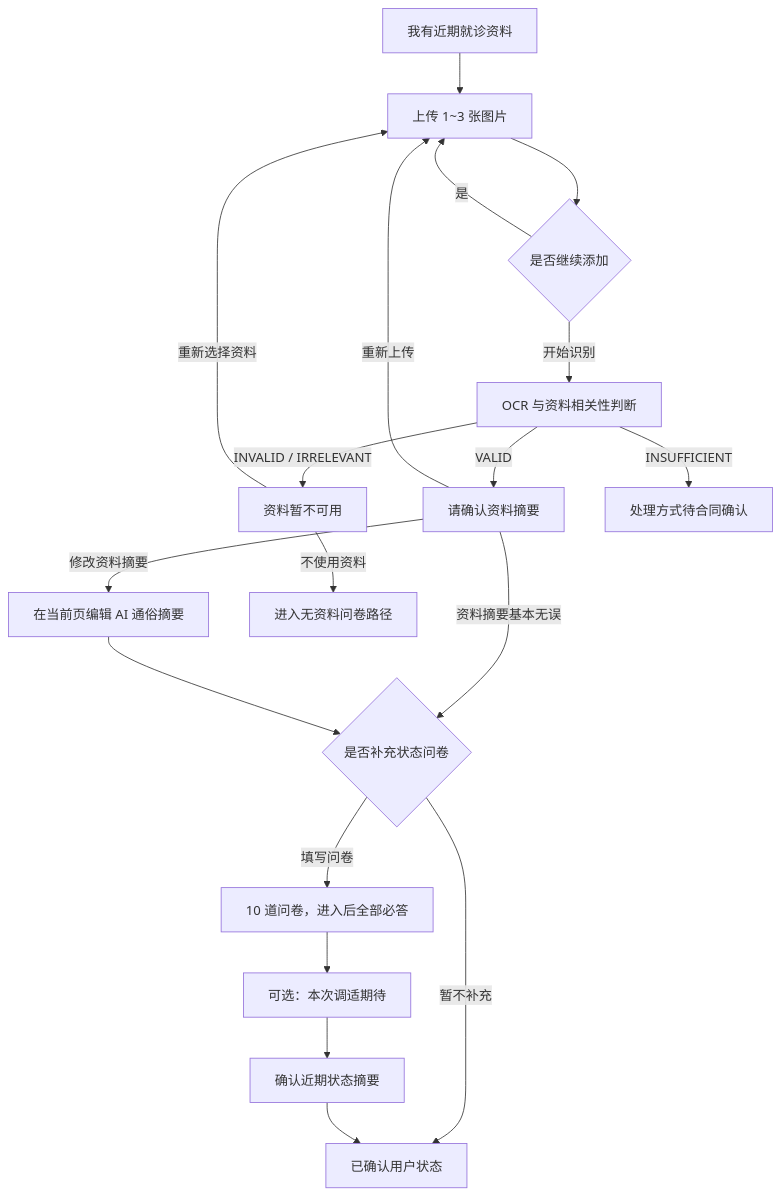
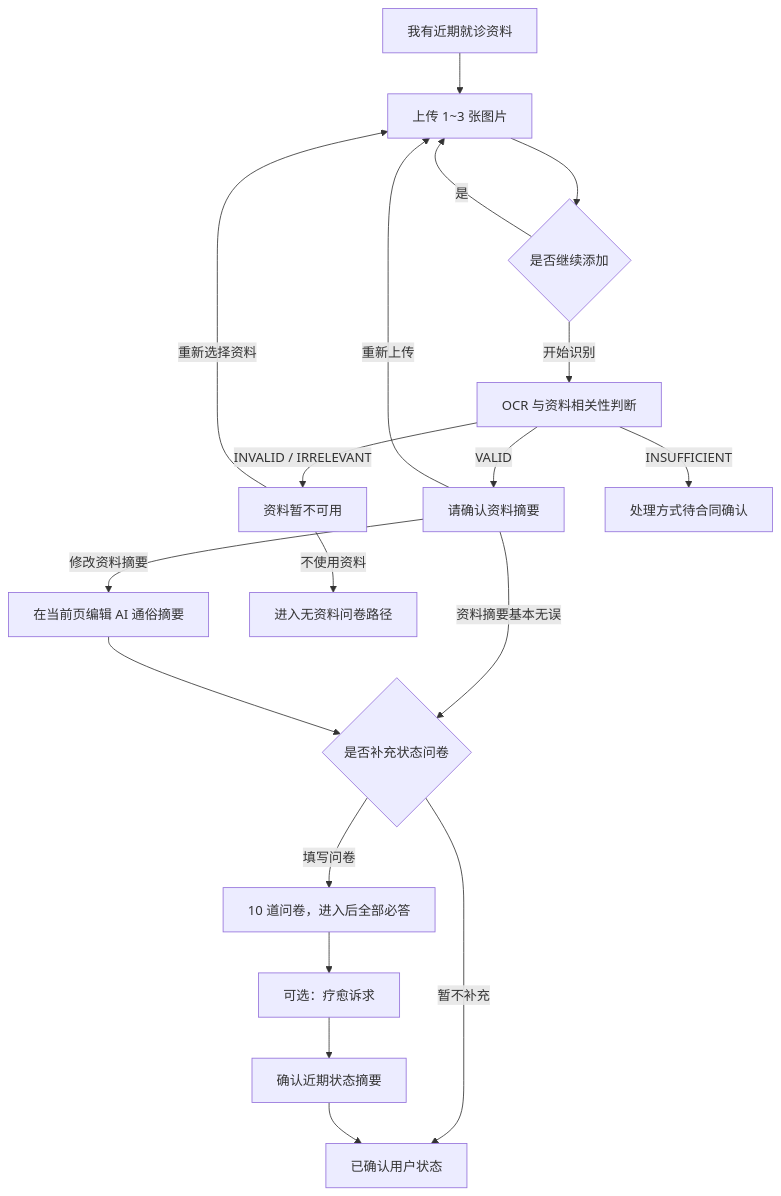
The second of 3 diagrams in docs/product/app-v3.1-provisional-owner-flow.md (chenjz111/HarmonyAI), drawn with Mermaid before and after one commit. The commit also changed other lines of this file and 2 other files, not shown here.

````diff
--- a/docs/product/app-v3.1-provisional-owner-flow.md
+++ b/docs/product/app-v3.1-provisional-owner-flow.md
@@ -40,21 +40,21 @@
 ```mermaid
 flowchart TD
     A[我有近期就诊资料] --> B[上传 1~3 张图片]
     B --> C{是否继续添加}
     C -->|是| B
     C -->|开始识别| D[OCR 与资料相关性判断]
     D -->|VALID| E[请确认资料摘要]
     D -->|INVALID / IRRELEVANT| F[资料暂不可用]
     D -->|INSUFFICIENT| G[处理方式待合同确认]
     E -->|资料摘要基本无误| H{是否补充状态问卷}
     E -->|修改资料摘要| I[在当前页编辑 AI 通俗摘要]
     I --> H
     E -->|重新上传| B
     F -->|重新选择资料| B
     F -->|不使用资料| J[进入无资料问卷路径]
     H -->|暂不补充| K[已确认用户状态]
     H -->|填写问卷| L[10 道问卷，进入后全部必答]
-    L --> M[可选：本次调适期待]
+    L --> M[可选：疗愈诉求]
     M --> N[确认近期状态摘要]
     N --> K
 ```
````
